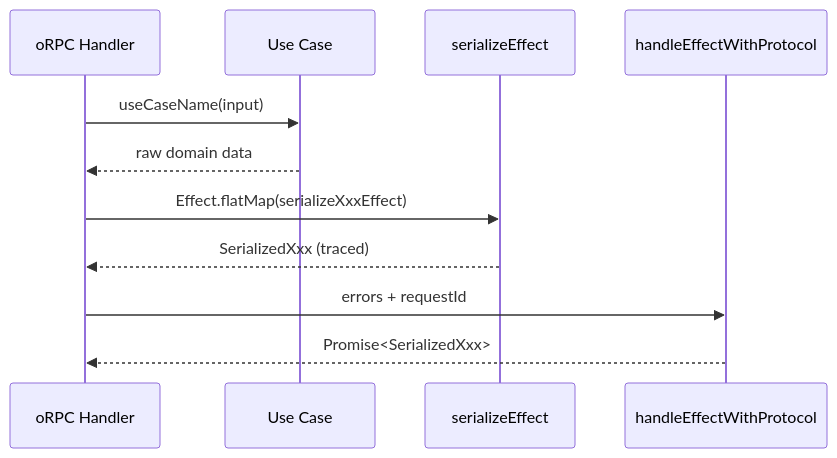
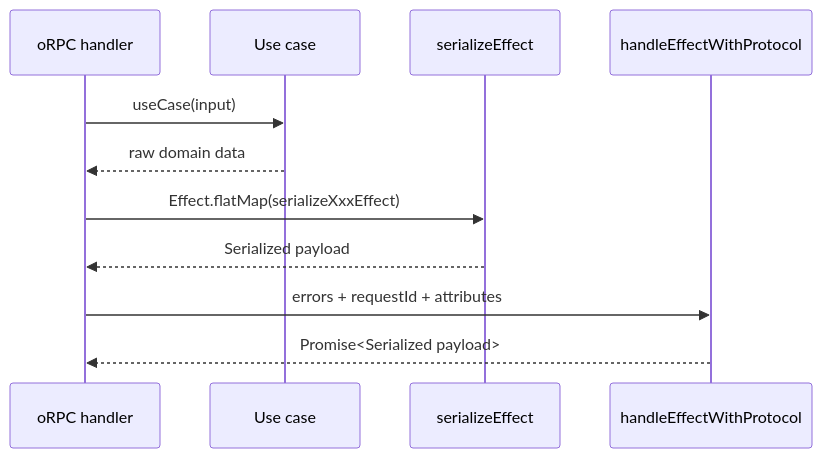
The diagram in docs/patterns/api-handler.md (brandonbryant12/content-studio), drawn with Mermaid before and after one commit. The commit also changed other lines of this file and 109 other files, not shown here.

````diff
--- a/docs/patterns/api-handler.md
+++ b/docs/patterns/api-handler.md
@@ -5,14 +5,14 @@
 ```mermaid
 sequenceDiagram
-  participant H as oRPC Handler
-  participant UC as Use Case
+  participant H as oRPC handler
+  participant UC as Use case
   participant S as serializeEffect
   participant P as handleEffectWithProtocol
 
-  H->>UC: useCaseName(input)
+  H->>UC: useCase(input)
   UC-->>H: raw domain data
   H->>S: Effect.flatMap(serializeXxxEffect)
-  S-->>H: SerializedXxx (traced)
-  H->>P: errors + requestId
-  P-->>H: Promise<SerializedXxx>
+  S-->>H: Serialized payload
+  H->>P: errors + requestId + attributes
+  P-->>H: Promise<Serialized payload>
 ```
````
